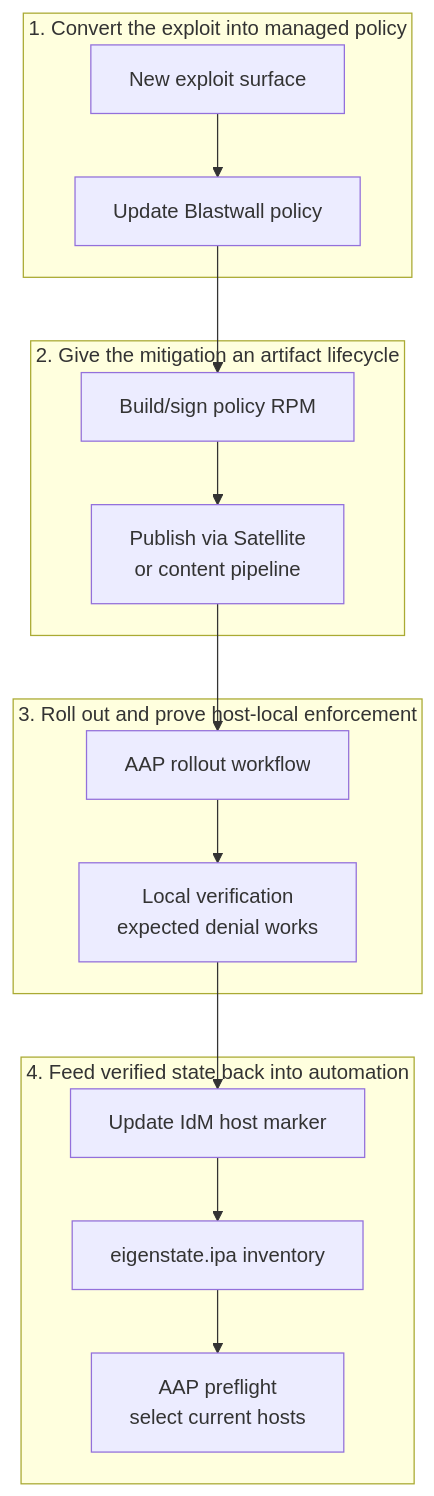
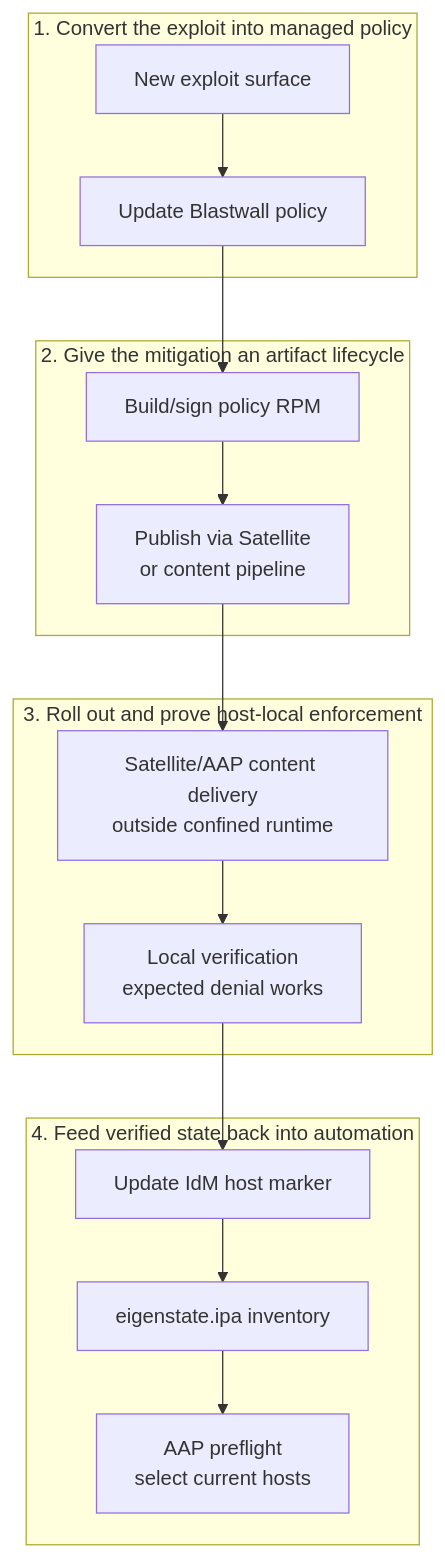
One commit to gprocunier/blastwall changed the diagram in docs/assets/diagrams/rollout-flow.mmd. Above: the diagram before and after it, drawn with Mermaid. The commit also changed 35 other files, not shown here.

```diff
--- a/docs/assets/diagrams/rollout-flow.mmd
+++ b/docs/assets/diagrams/rollout-flow.mmd
@@ -1,21 +1,21 @@
 flowchart TB
     subgraph SIGNAL["1. Convert the exploit into managed policy"]
         EXP["New exploit surface"] --> POLICY["Update Blastwall policy"]
     end
 
     subgraph ARTIFACT["2. Give the mitigation an artifact lifecycle"]
         RPM["Build/sign policy RPM"] --> SAT["Publish via Satellite<br/>or content pipeline"]
     end
 
     subgraph ROLLOUT["3. Roll out and prove host-local enforcement"]
-        AAP["AAP rollout workflow"] --> VERIFY["Local verification<br/>expected denial works"]
+        DELIVERY["Satellite/AAP content delivery<br/>outside confined runtime"] --> VERIFY["Local verification<br/>expected denial works"]
     end
 
     subgraph INVENTORY["4. Feed verified state back into automation"]
         IDM["Update IdM host marker"] --> EIGEN["eigenstate.ipa inventory"]
         EIGEN --> PREFLIGHT["AAP preflight<br/>select current hosts"]
     end
 
     POLICY --> RPM
-    SAT --> AAP
+    SAT --> DELIVERY
     VERIFY --> IDM
```
